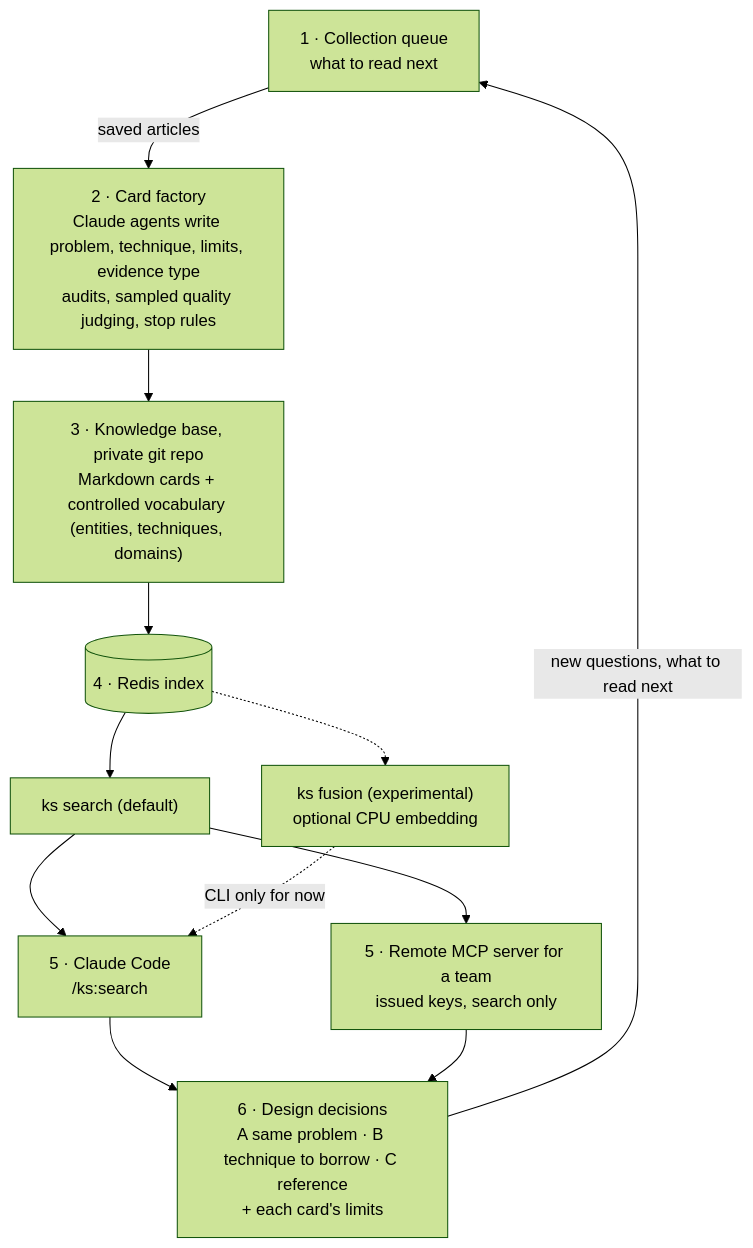
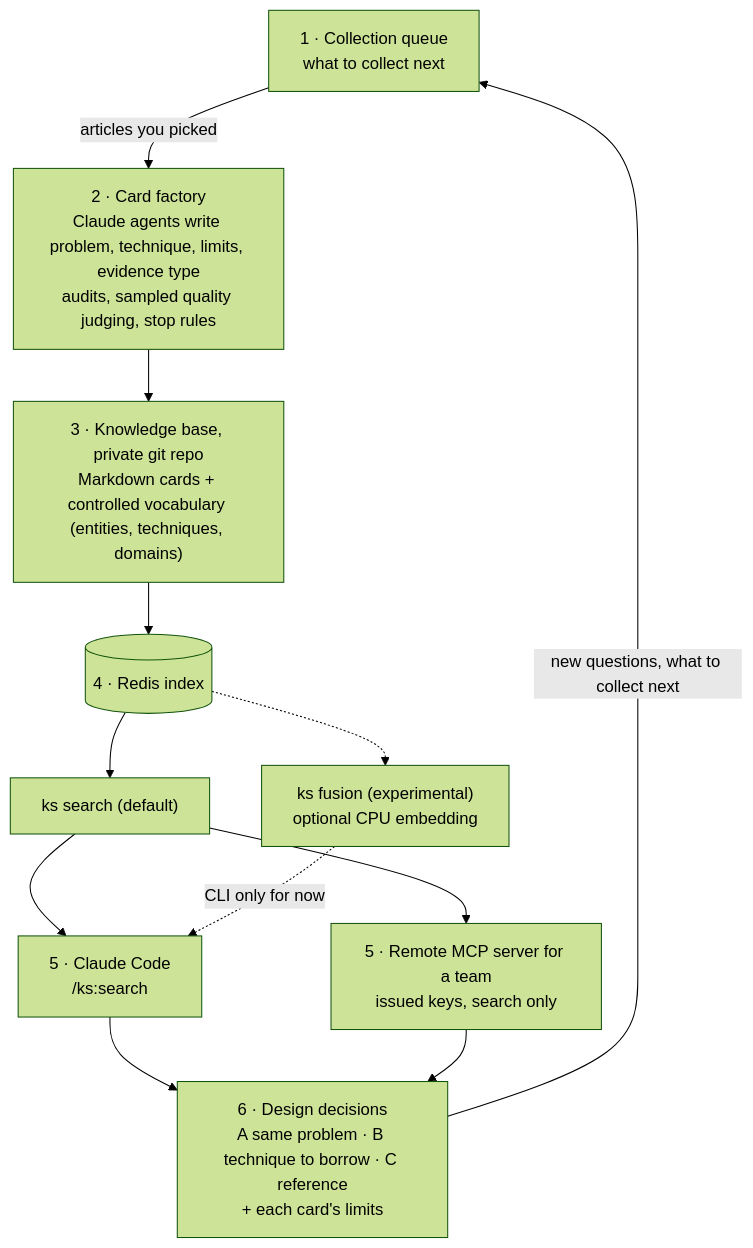
Before and after one commit to ai-dev-methodologies/knowledge-scout: the second of 2 diagrams in README.md, drawn with Mermaid (forest theme). The commit also changed other lines of this file and 1 other file, not shown here.

First line of the commit message:
docs: README concept reframed — curate the flood of articles, search them whether read or not

````diff
--- a/README.md
+++ b/README.md
@@ -57,12 +57,12 @@
 ```mermaid
 flowchart TB
-    Q["1 · Collection queue<br/>what to read next"] -->|"saved articles"| CF["2 · Card factory<br/>Claude agents write problem, technique, limits, evidence type<br/>audits, sampled quality judging, stop rules"]
+    Q["1 · Collection queue<br/>what to collect next"] -->|"articles you picked"| CF["2 · Card factory<br/>Claude agents write problem, technique, limits, evidence type<br/>audits, sampled quality judging, stop rules"]
     CF --> KB["3 · Knowledge base, private git repo<br/>Markdown cards + controlled vocabulary (entities, techniques, domains)"]
     KB --> IX[("4 · Redis index")]
     IX --> KS["ks search (default)"]
     IX -.-> KF["ks fusion (experimental)<br/>optional CPU embedding"]
     KS --> CC["5 · Claude Code<br/>/ks:search"] & MC["5 · Remote MCP server for a team<br/>issued keys, search only"]
     KF -.->|"CLI only for now"| CC
     CC & MC --> DD["6 · Design decisions<br/>A same problem · B technique to borrow · C reference<br/>+ each card's limits"]
-    DD -->|"new questions, what to read next"| Q
+    DD -->|"new questions, what to collect next"| Q
 ```
````
